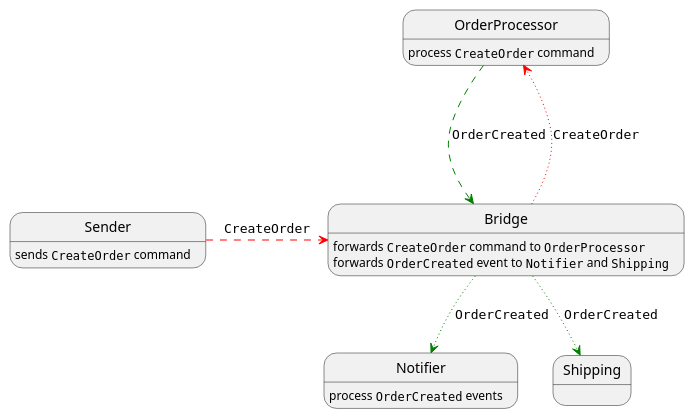
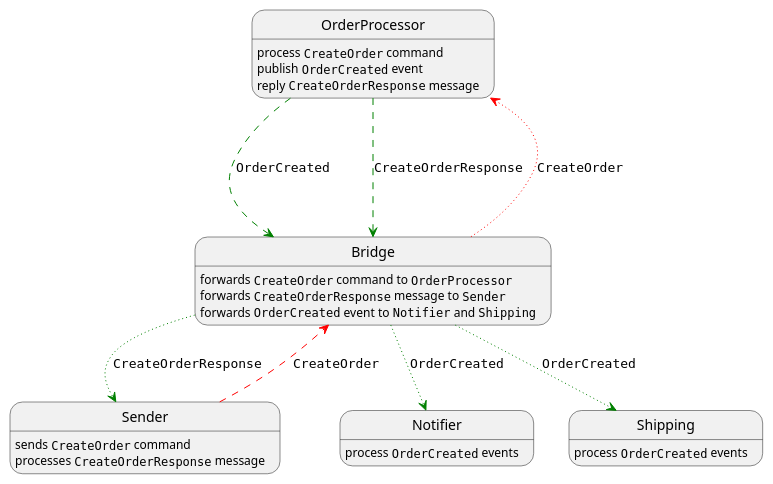
Before and after one commit to rioka/NsbBridgePlayground: the second of 2 diagrams in README.md, drawn with PlantUML. The commit also changed other lines of this file, not shown here.

````diff
--- a/README.md
+++ b/README.md
@@ -30,20 +39,27 @@
 ```puml
 @startuml
 
 Sender: sends ""CreateOrder"" command
+Sender: processes ""CreateOrderResponse"" message
 
 Bridge: forwards ""CreateOrder"" command to ""OrderProcessor""
+Bridge: forwards ""CreateOrderResponse"" message to ""Sender""
 Bridge: forwards ""OrderCreated"" event to ""Notifier"" and ""Shipping""
 
 Bridge -[#red,dotted]--> OrderProcessor : ""CreateOrder""  
 
 Sender -[#red,dashed]> Bridge : ""CreateOrder""
 
 OrderProcessor: process ""CreateOrder"" command
+OrderProcessor: publish ""OrderCreated"" event
+OrderProcessor: reply ""CreateOrderResponse"" message
 
 Notifier: process ""OrderCreated"" events
+Shipping: process ""OrderCreated"" events
 
 OrderProcessor -[#green,dashed]> Bridge : ""OrderCreated""
+OrderProcessor -[#green,dashed]> Bridge : ""CreateOrderResponse""
 Bridge -[#green,dotted]-> Notifier : ""OrderCreated""
 Bridge -[#green,dotted]-> Shipping : ""OrderCreated""
+Bridge -[#green,dotted]-> Sender : ""CreateOrderResponse""
 ```
````
